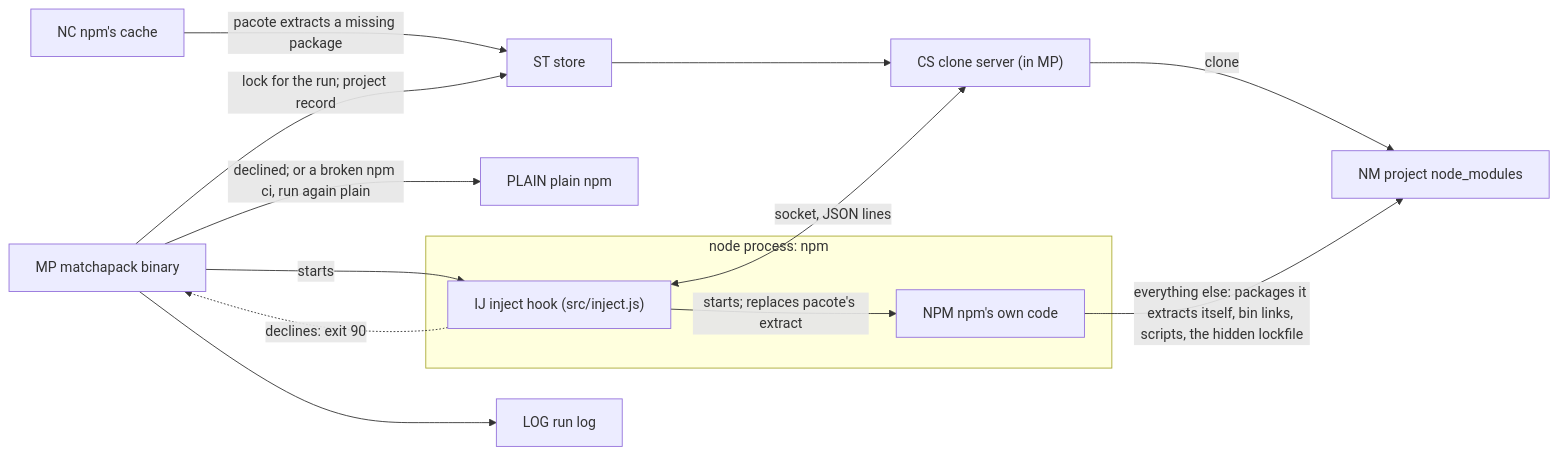
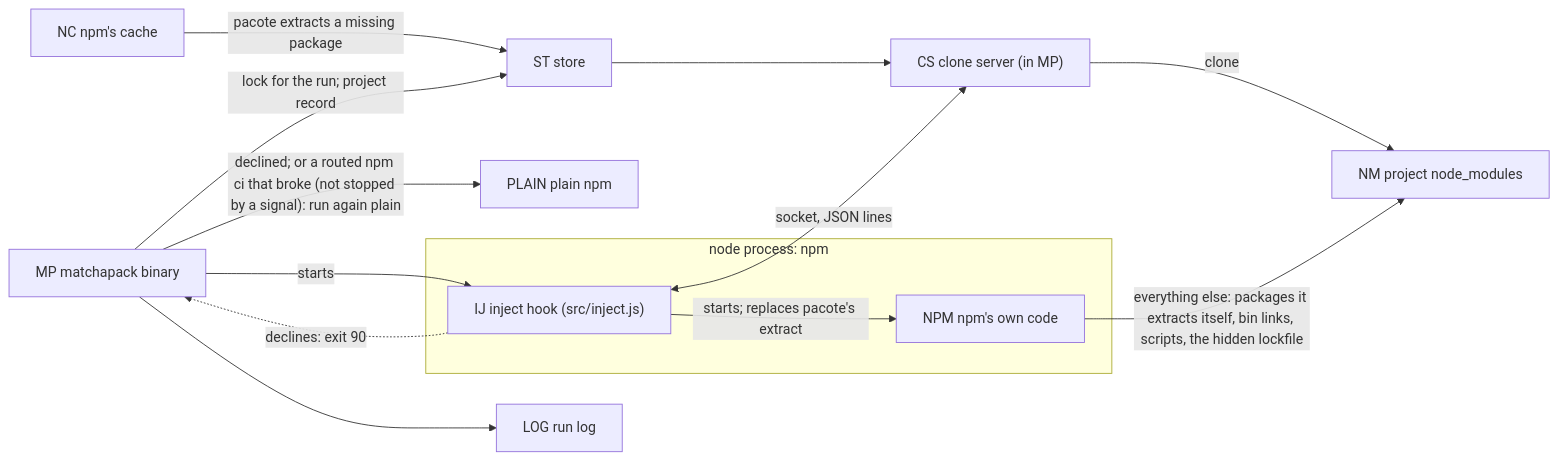
The second of 3 diagrams in docs/architecture.md (grimmerk/matchapack), drawn with Mermaid before and after one commit. The commit also changed other lines of this file, not shown here.

First line of the commit message:
architecture: D1a and D1b labels; the table note

````diff
--- a/docs/architecture.md
+++ b/docs/architecture.md
@@ -161,16 +161,16 @@
 ```mermaid
 flowchart LR
-  MP["MP matchapack binary"] -->|"declined; or a broken npm ci, run again plain"| PLAIN["PLAIN plain npm"]
+  MP["MP matchapack binary"] -->|"declined; or a routed npm ci that broke (not stopped by a signal): run again plain"| PLAIN["PLAIN plain npm"]
   MP -->|starts| IJ
   subgraph npmproc ["node process: npm"]
     IJ["IJ inject hook (src/inject.js)"] -->|"starts; replaces pacote's extract"| NPM["NPM npm's own code"]
   end
   IJ -.->|"declines: exit 90"| MP
   IJ <-->|socket, JSON lines| CS["CS clone server (in MP)"]
   NC["NC npm's cache"] -->|pacote extracts a missing package| ST["ST store"]
   MP -->|"lock for the run; project record"| ST
   ST --> CS
   CS -->|clone| NM["NM project node_modules"]
   NPM -->|"everything else: packages it extracts itself, bin links, scripts, the hidden lockfile"| NM
   MP --> LOG["LOG run log"]
 ```
````
